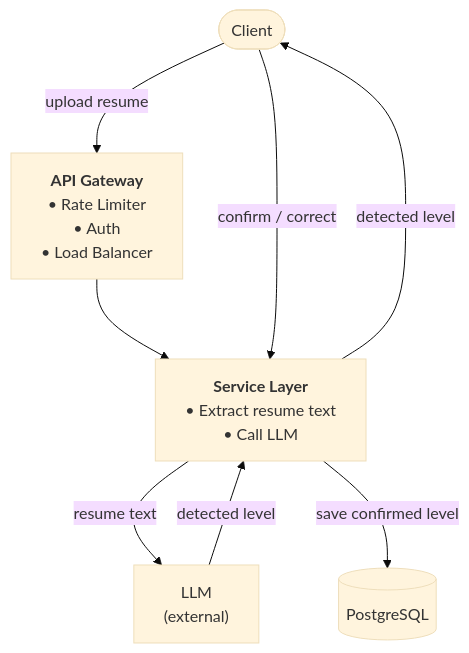
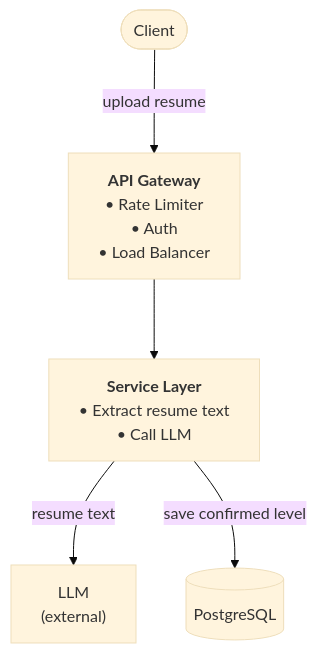
One commit to shivam-tamboli/GrillMyProject changed the second of 4 diagrams in SYSTEM_DESIGN.md. Above: the diagram before and after it, drawn with Mermaid (base theme). The commit also changed other lines of this file, not shown here.

Commit message:
fix diagram arrows — one direction flow only

````diff
--- a/SYSTEM_DESIGN.md
+++ b/SYSTEM_DESIGN.md
@@ -331,17 +330,14 @@
 ```mermaid
 %%{init: {'flowchart': {'nodeSpacing': 50, 'rankSpacing': 80}}}%%
 flowchart TD
     Client([Client])
     GW["<b>API Gateway</b><br/>• Rate Limiter<br/>• Auth<br/>• Load Balancer"]
     SVC["<b>Service Layer</b><br/>• Extract resume text<br/>• Call LLM"]
     LLM["LLM<br/>(external)"]
     PG[(PostgreSQL)]
 
     Client -->|"upload resume"| GW
     GW --> SVC
     SVC -->|"resume text"| LLM
-    LLM -->|"detected level"| SVC
-    SVC -->|"detected level"| Client
-    Client -->|"confirm / correct"| SVC
     SVC -->|"save confirmed level"| PG
 ```
````
